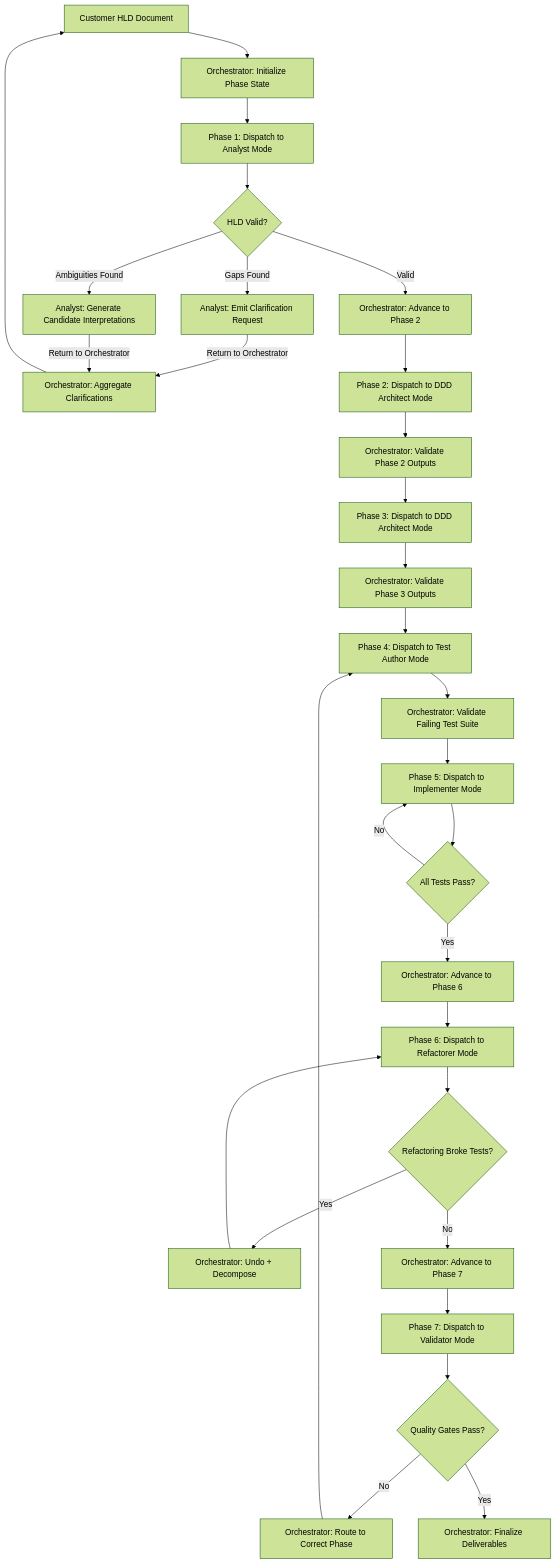
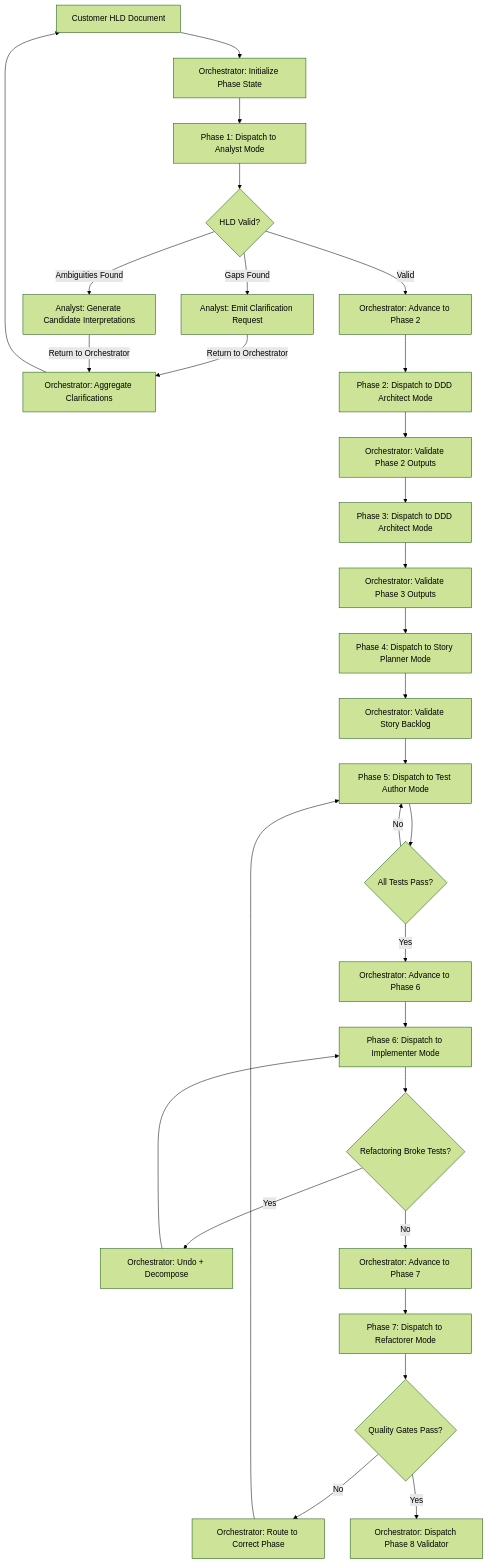
One commit to Yarovinsky/Templates changed the first of 3 diagrams in plans/tdd-ddd-framework-plan.md. Above: the diagram before and after it, drawn with Mermaid (forest theme). The commit also changed other lines of this file and 16 other files, not shown here.

Commit message:
feat: Update framework to reflect Phase 5 and Phase 6 transitions, enhance documentation, and add schema definitions for backlog and story artifacts

````diff
--- a/plans/tdd-ddd-framework-plan.md
+++ b/plans/tdd-ddd-framework-plan.md
@@ -300,32 +314,32 @@
 ```mermaid
 flowchart TD
     A[Customer HLD Document] --> ORC[Orchestrator: Initialize Phase State]
     ORC --> B[Phase 1: Dispatch to Analyst Mode]
     B --> C{HLD Valid?}
     C -->|Gaps Found| D[Analyst: Emit Clarification Request]
     D -->|Return to Orchestrator| ORC2[Orchestrator: Aggregate Clarifications]
     ORC2 --> A
     C -->|Ambiguities Found| E[Analyst: Generate Candidate Interpretations]
     E -->|Return to Orchestrator| ORC2
     C -->|Valid| ORC3[Orchestrator: Advance to Phase 2]
     ORC3 --> F[Phase 2: Dispatch to DDD Architect Mode]
     F --> ORC4[Orchestrator: Validate Phase 2 Outputs]
     ORC4 --> G[Phase 3: Dispatch to DDD Architect Mode]
     G --> ORC5[Orchestrator: Validate Phase 3 Outputs]
-    ORC5 --> H[Phase 4: Dispatch to Test Author Mode]
-    H --> ORC6[Orchestrator: Validate Failing Test Suite]
-    ORC6 --> I[Phase 5: Dispatch to Implementer Mode]
+    ORC5 --> H[Phase 4: Dispatch to Story Planner Mode]
+    H --> ORC6[Orchestrator: Validate Story Backlog]
+    ORC6 --> I[Phase 5: Dispatch to Test Author Mode]
     I --> J{All Tests Pass?}
     J -->|No| I
     J -->|Yes| ORC7[Orchestrator: Advance to Phase 6]
-    ORC7 --> K[Phase 6: Dispatch to Refactorer Mode]
+    ORC7 --> K[Phase 6: Dispatch to Implementer Mode]
     K --> L{Refactoring Broke Tests?}
     L -->|Yes| M[Orchestrator: Undo + Decompose]
     M --> K
     L -->|No| ORC8[Orchestrator: Advance to Phase 7]
-    ORC8 --> N[Phase 7: Dispatch to Validator Mode]
+    ORC8 --> N[Phase 7: Dispatch to Refactorer Mode]
     N --> P{Quality Gates Pass?}
     P -->|No| ORC9[Orchestrator: Route to Correct Phase]
-    ORC9 --> H
-    P -->|Yes| Q[Orchestrator: Finalize Deliverables]
+    ORC9 --> I
+    P -->|Yes| Q[Orchestrator: Dispatch Phase 8 Validator]
 ```
````
